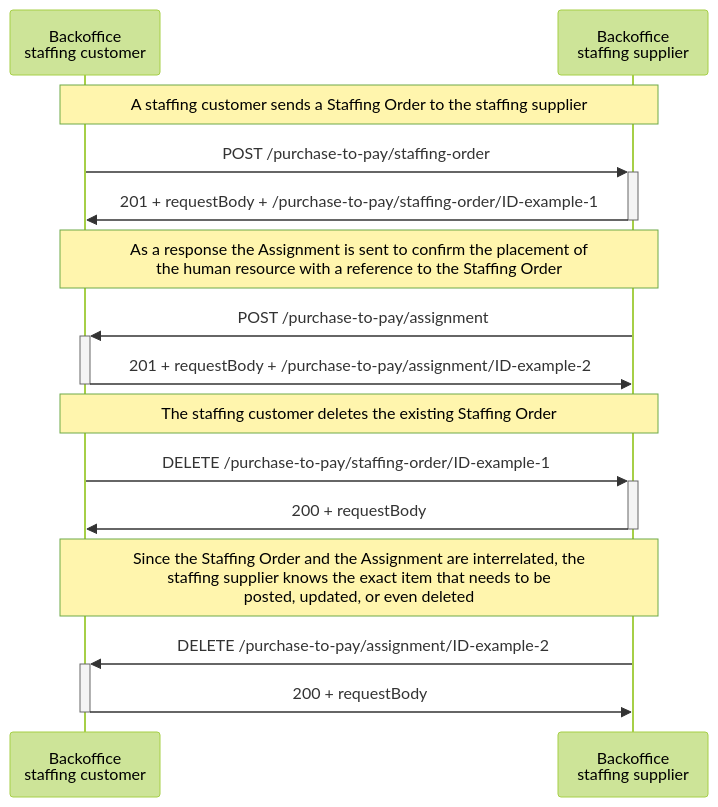
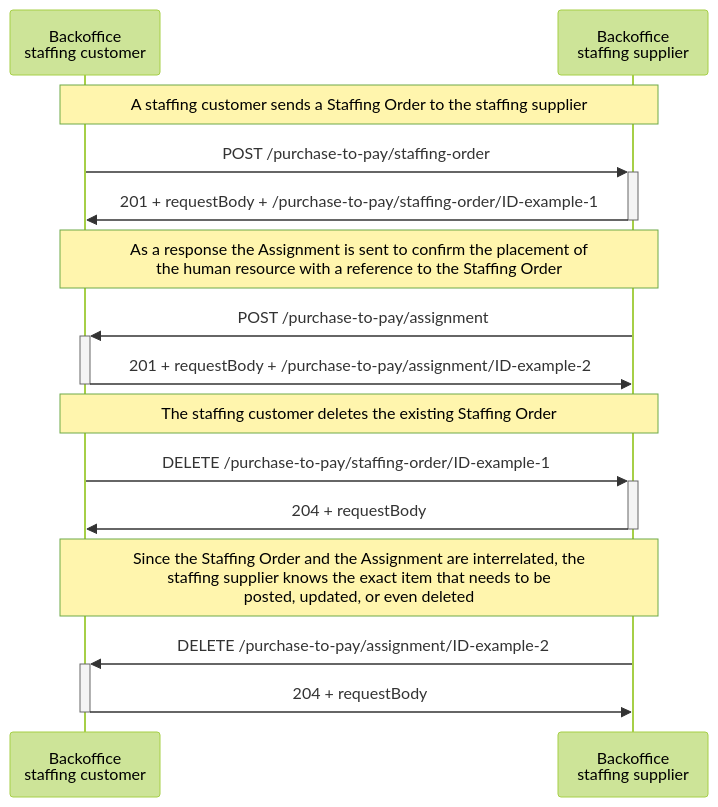
The fourth of 5 diagrams in app/docs/purchase-to-pay-v2/SequenceDiagrams.md (setu-standards/documentation), drawn with Mermaid (forest theme) before and after one commit. The commit also changed other lines of this file and 2 other files, not shown here.

````diff
--- a/app/docs/purchase-to-pay-v2/SequenceDiagrams.md
+++ b/app/docs/purchase-to-pay-v2/SequenceDiagrams.md
@@ -191,22 +195,22 @@
 ```mermaid
 sequenceDiagram
     participant Customer as Backoffice <br/> staffing customer
     participant Supplier as Backoffice <br/> staffing supplier
     
     Note over Customer,Supplier: A staffing customer sends a Staffing Order to the staffing supplier
     Customer ->>+ Supplier: POST /purchase-to-pay/staffing-order
     Supplier ->>- Customer: 201 + requestBody + /purchase-to-pay/staffing-order/ID-example-1
 
     Note over Customer,Supplier: As a response the Assignment is sent to confirm the placement of <br/> the human resource with a reference to the Staffing Order
     Supplier ->>+ Customer: POST /purchase-to-pay/assignment
     Customer ->>- Supplier: 201 + requestBody + /purchase-to-pay/assignment/ID-example-2
 
     Note over Customer,Supplier: The staffing customer deletes the existing Staffing Order 
     Customer ->>+ Supplier: DELETE /purchase-to-pay/staffing-order/ID-example-1
-    Supplier ->>- Customer: 200 + requestBody 
+    Supplier ->>- Customer: 204 + requestBody 
 
     Note over Customer,Supplier: Since the Staffing Order and the Assignment are interrelated, the <br/> staffing supplier knows the exact item that needs to be <br/> posted, updated, or even deleted
     Supplier ->>+ Customer: DELETE /purchase-to-pay/assignment/ID-example-2
-    Customer ->>- Supplier: 200 + requestBody 
+    Customer ->>- Supplier: 204 + requestBody 
 
 ```
````
